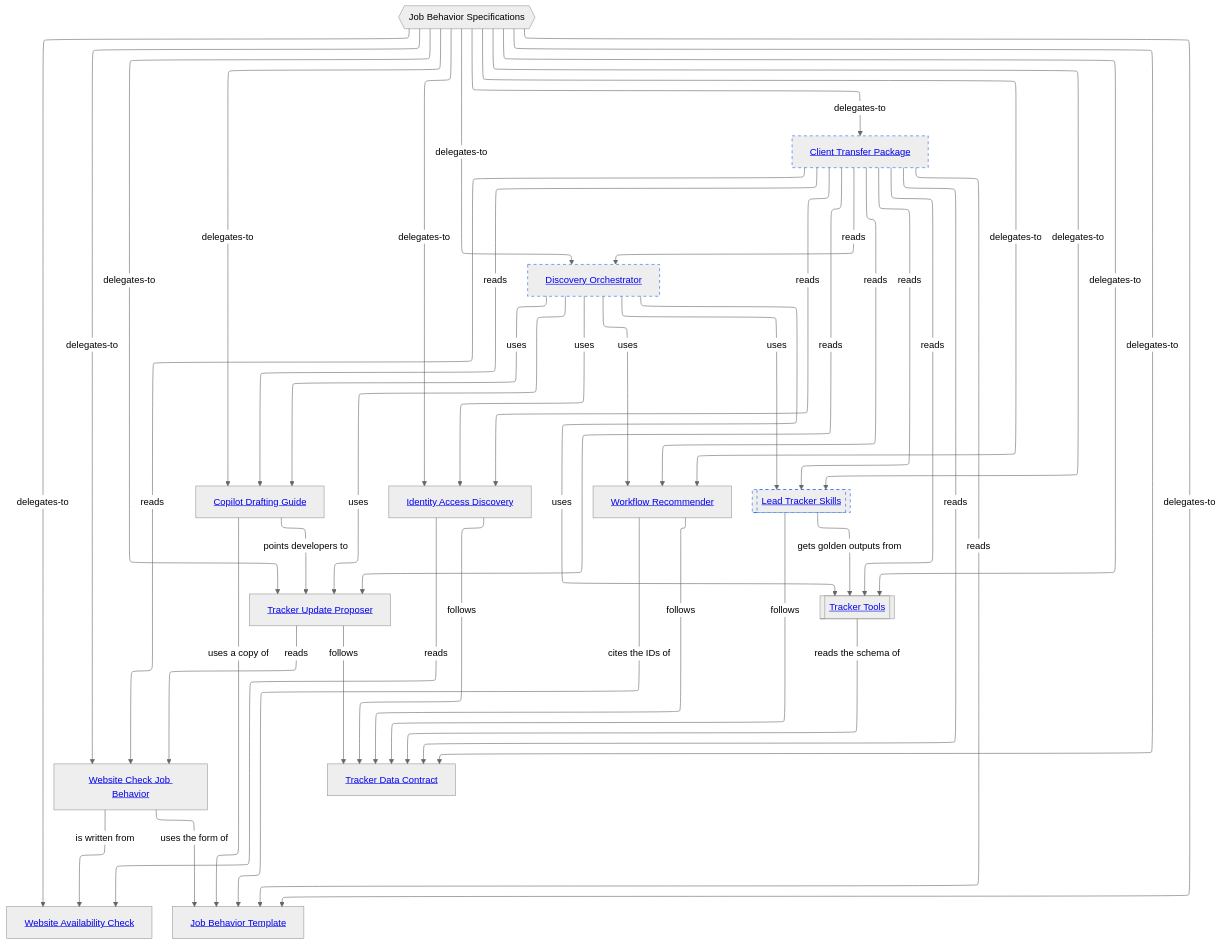
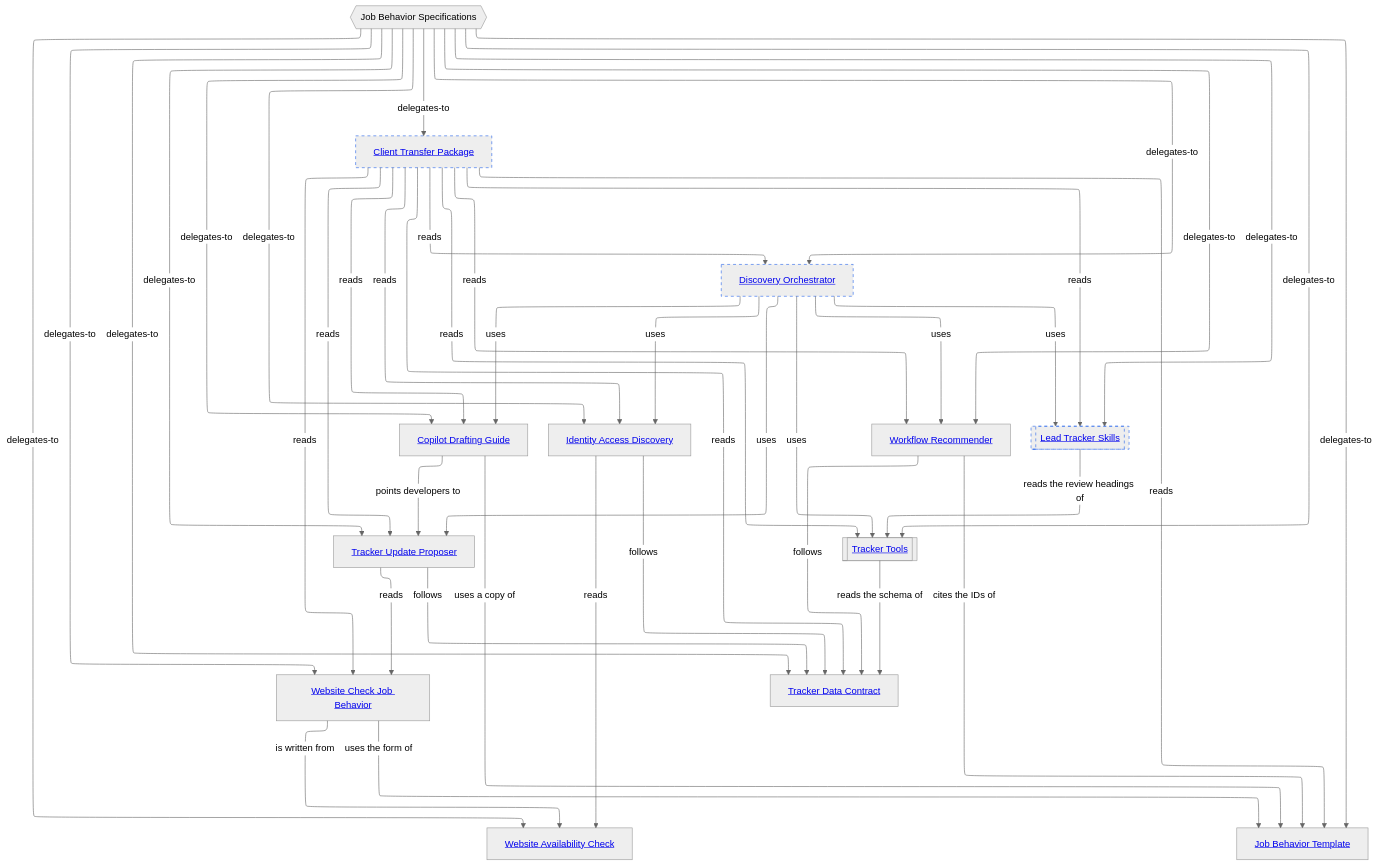
The second of 2 diagrams in README.md (vrparthasarathy/migration-job-discovery), drawn with Mermaid (neutral theme) before and after one commit. The commit also changed other lines of this file and 39 other files, not shown here.

Commit message:
Plan Review Decisions and Node Lead Tools.

````diff
--- a/README.md
+++ b/README.md
@@ -146,63 +146,62 @@
 ```mermaid
 ---
 config:
   layout: elk
 ---
 %%{init: {"securityLevel": "loose"}}%%
 flowchart TB
   root{{"Job Behavior Specifications"}}
   check["<a href='website-availability-check/README.md#diagram'>Website Availability Check</a>"]
   tmpl["<a href='job-behavior-template/README.md#diagram'>Job Behavior Template</a>"]
   ref["<a href='website-check-job-behavior/README.md#diagram'>Website Check Job Behavior</a>"]
   guide["<a href='copilot-drafting-guide/README.md#diagram'>Copilot Drafting Guide</a>"]
   contract["<a href='tracker-data-contract/README.md#diagram'>Tracker Data Contract</a>"]
   proposer["<a href='tracker-update-proposer/README.md#diagram'>Tracker Update Proposer</a>"]
   access["<a href='identity-access-discovery/README.md#diagram'>Identity Access Discovery</a>"]
   recommender["<a href='workflow-recommender/README.md#diagram'>Workflow Recommender</a>"]
   tools[["<a href='tracker-tools/README.md#diagram'>Tracker Tools</a>"]]
   orch["<a href='discovery-orchestrator/README.md#planned-diagram'>Discovery Orchestrator</a>"]:::planned
   transfer["<a href='client-transfer-package/README.md#planned-diagram'>Client Transfer Package</a>"]:::planned
   skills[["<a href='lead-tracker-skills/README.md#planned-diagram'>Lead Tracker Skills</a>"]]:::planned
   root -->|delegates-to| check
   root -->|delegates-to| tmpl
   root -->|delegates-to| ref
   root -->|delegates-to| guide
   root -->|delegates-to| contract
   root -->|delegates-to| proposer
   root -->|delegates-to| access
   root -->|delegates-to| recommender
   root -->|delegates-to| tools
   root -->|delegates-to| orch
   root -->|delegates-to| transfer
   root -->|delegates-to| skills
   ref -->|"uses the form of"| tmpl
   ref -->|"is written from"| check
   guide -->|"uses a copy of"| tmpl
   guide -->|"points developers to"| proposer
   proposer -->|"follows"| contract
   access -->|"follows"| contract
   recommender -->|"follows"| contract
   tools -->|"reads the schema of"| contract
   proposer -->|"reads"| ref
   access -->|"reads"| check
   recommender -->|"cites the IDs of"| tmpl
   orch -->|"uses"| proposer
   orch -->|"uses"| access
   orch -->|"uses"| guide
   orch -->|"uses"| recommender
   orch -->|"uses"| tools
   transfer -->|"reads"| guide
   transfer -->|"reads"| proposer
   transfer -->|"reads"| access
   transfer -->|"reads"| recommender
   transfer -->|"reads"| orch
   transfer -->|"reads"| contract
   transfer -->|"reads"| tools
   transfer -->|"reads"| tmpl
   transfer -->|"reads"| ref
   transfer -->|"reads"| skills
-  skills -->|"follows"| contract
-  skills -->|"gets golden outputs from"| tools
+  skills -->|"reads the review headings of"| tools
   orch -->|"uses"| skills
   classDef planned stroke-dasharray: 5 5,stroke:#2563eb
 ```
````
